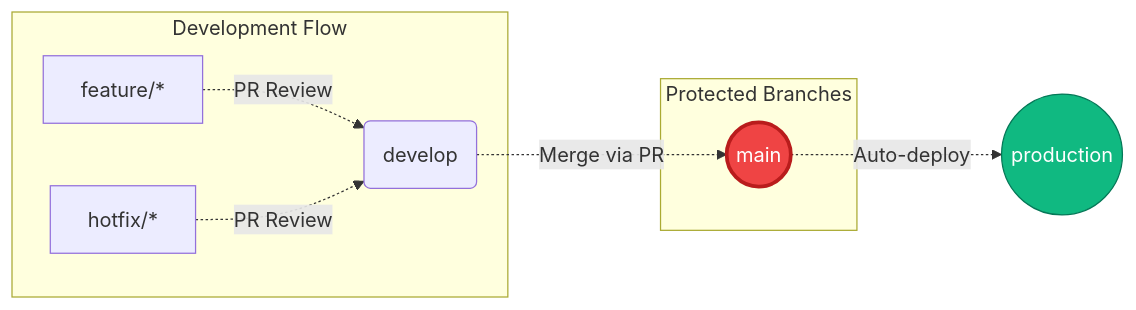
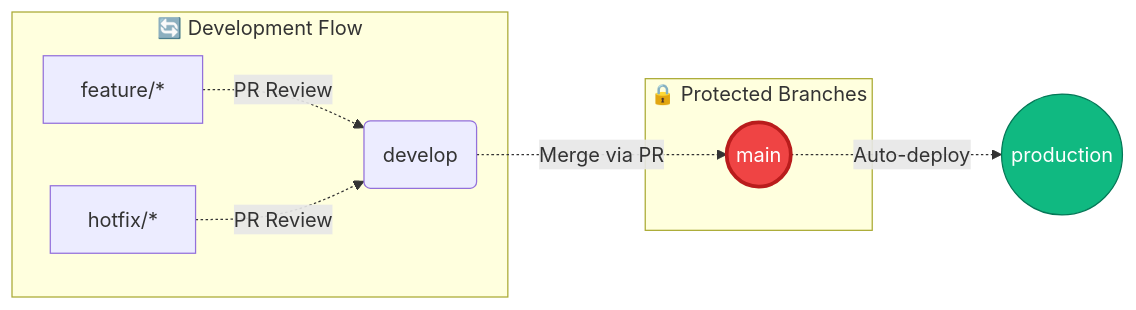
The second of 2 diagrams in README.md (printezy247/TwinOS-helper-system), drawn with Mermaid before and after one commit. The commit also changed other lines of this file, not shown here.

````diff
--- a/README.md
+++ b/README.md
@@ -204,19 +261,19 @@
 ```mermaid
 flowchart LR
-    subgraph "Protected Branches"
+    subgraph Protected["🔒 Protected Branches"]
         MAIN((main))
     end
     
-    subgraph "Development Flow"
+    subgraph DevFlow["🔄 Development Flow"]
         DEV(develop)
         FEAT[feature/*]
         FIX[hotfix/*]
     end
     
     FEAT & FIX -.->|PR Review| DEV
     DEV -.->|Merge via PR| MAIN
-    MAIN -.->|Auto-deploy| PRODUCTION((production))
+    MAIN -.->|Auto-deploy| PROD((production))
     
     style MAIN fill:#ef4444,stroke:#b91c1c,color:#fff,stroke-width:3px
-    style PRODUCTION fill:#10b981,stroke:#047857,color:#fff
+    style PROD fill:#10b981,stroke:#047857,color:#fff
 ```
````
